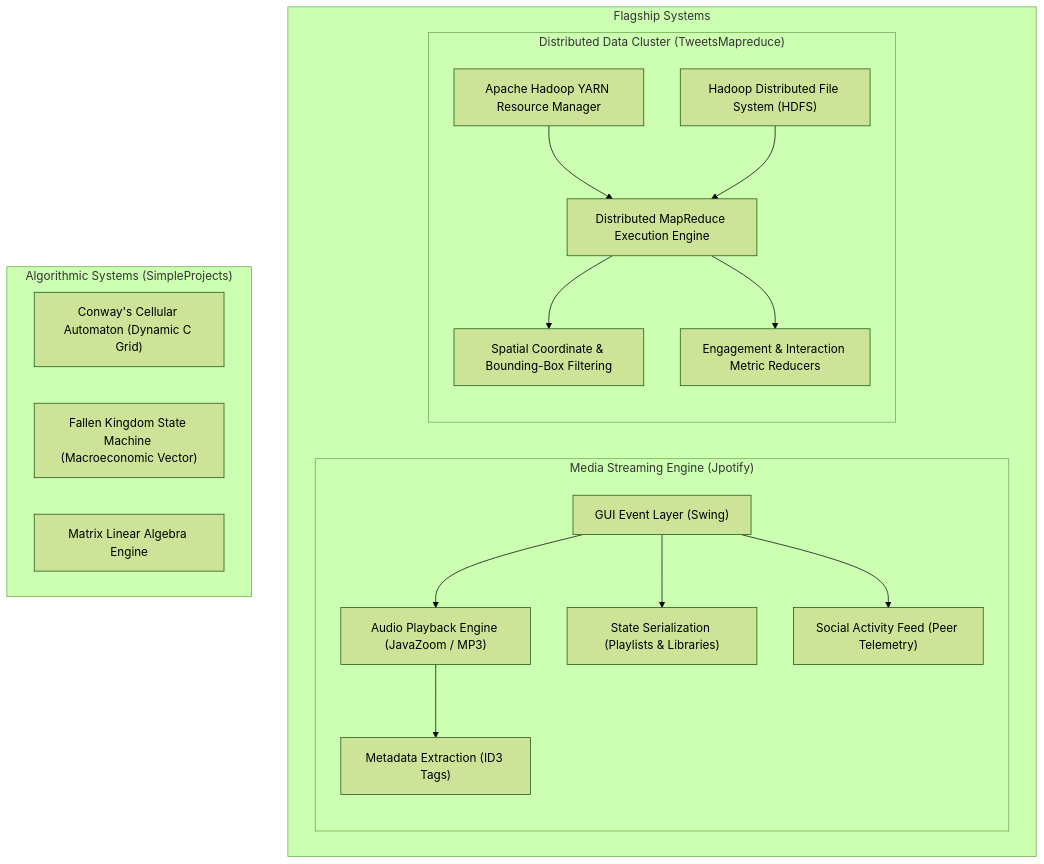
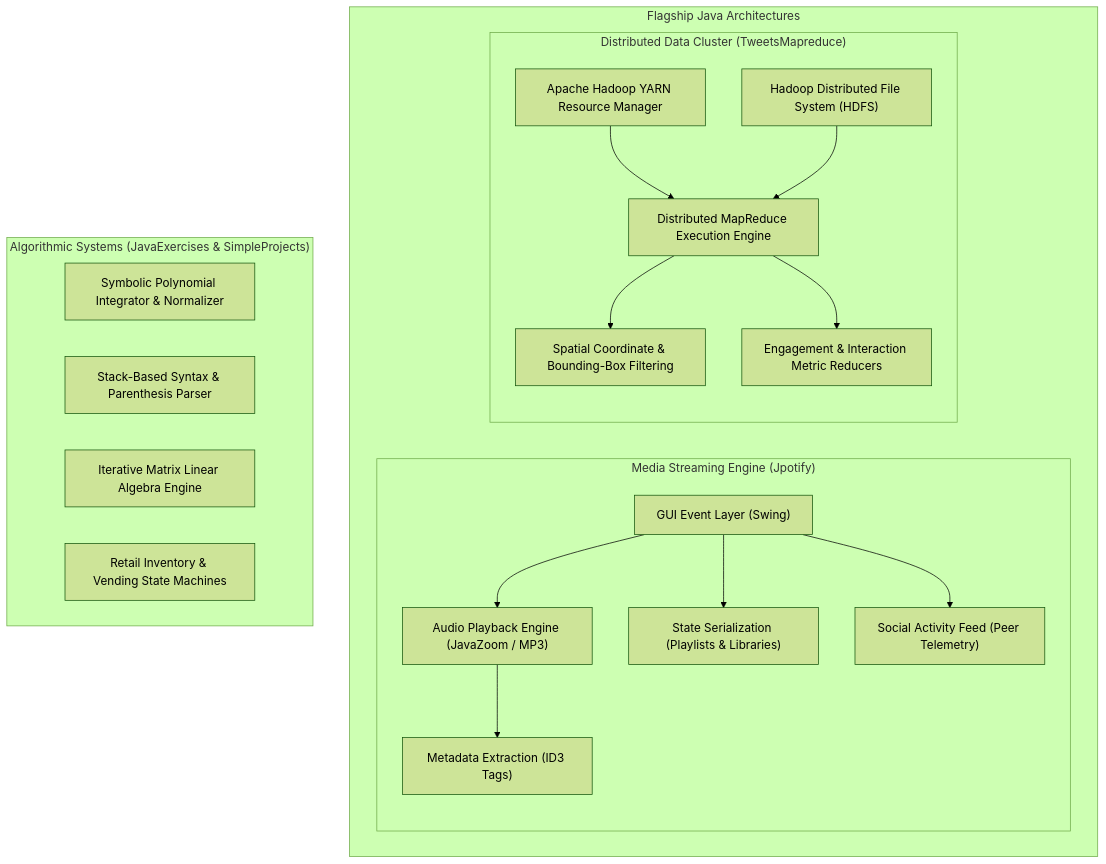
Before and after one commit to MahdiTheGreat/java-media-streaming-and-distributed-data-systems: the diagram in README.md, drawn with Mermaid (forest theme). The commit also changed other lines of this file and 5 other files, not shown here.

Commit message:
Consolidate JavaExercises, remove C simulation files, and update Java monorepo architecture

````diff
--- a/README.md
+++ b/README.md
@@ -51,36 +59,37 @@
 ```mermaid
 graph TD
-    subgraph PrimaryPillars["Flagship Systems"]
+    subgraph PrimaryPillars["Flagship Java Architectures"]
         subgraph Media["Media Streaming Engine (Jpotify)"]
             J_GUI["GUI Event Layer (Swing)"]
             J_AUDIO["Audio Playback Engine (JavaZoom / MP3)"]
             J_META["Metadata Extraction (ID3 Tags)"]
             J_STATE["State Serialization (Playlists & Libraries)"]
             J_SOCIAL["Social Activity Feed (Peer Telemetry)"]
             
             J_GUI --> J_AUDIO
             J_AUDIO --> J_META
             J_GUI --> J_STATE
             J_GUI --> J_SOCIAL
         end
 
         subgraph Distributed["Distributed Data Cluster (TweetsMapreduce)"]
             H_YARN["Apache Hadoop YARN Resource Manager"]
             H_HDFS["Hadoop Distributed File System (HDFS)"]
             H_MAP["Distributed MapReduce Execution Engine"]
             H_GEO["Spatial Coordinate & Bounding-Box Filtering"]
             H_ENG["Engagement & Interaction Metric Reducers"]
 
             H_YARN --> H_MAP
             H_HDFS --> H_MAP
             H_MAP --> H_GEO
             H_MAP --> H_ENG
         end
     end
 
-    subgraph Auxiliary["Algorithmic Systems (SimpleProjects)"]
-        S_CA["Conway's Cellular Automaton (Dynamic C Grid)"]
-        S_SM["Fallen Kingdom State Machine (Macroeconomic Vector)"]
-        S_LA["Matrix Linear Algebra Engine"]
+    subgraph Algorithmic["Algorithmic Systems (JavaExercises & SimpleProjects)"]
+        J_CALC["Symbolic Polynomial Integrator & Normalizer"]
+        J_PARSE["Stack-Based Syntax & Parenthesis Parser"]
+        J_MAT["Iterative Matrix Linear Algebra Engine"]
+        J_ECOMM["Retail Inventory & Vending State Machines"]
     end
 ```
````
